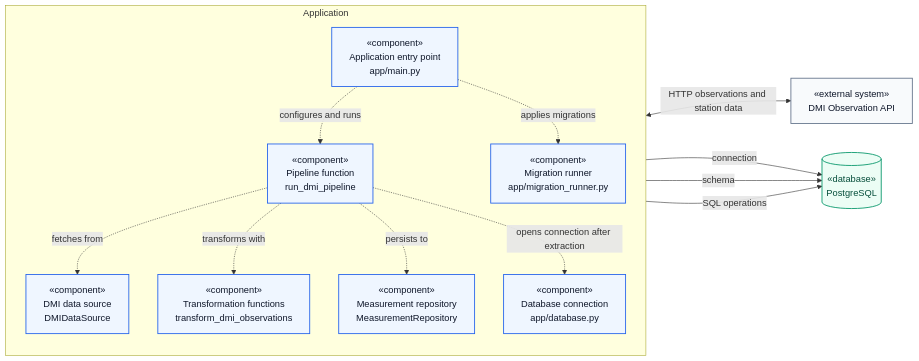
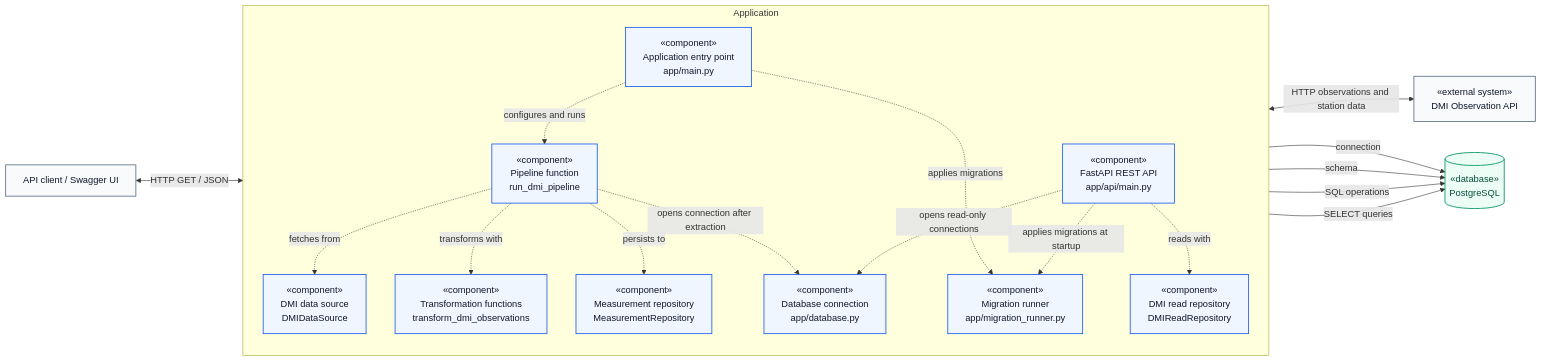
Before and after one commit to mielouise/environment_data_project: the first of 4 diagrams in README.md, drawn with Mermaid. The commit also changed other lines of this file and 12 other files, not shown here.

Commit message:
Add REST API

````diff
--- a/README.md
+++ b/README.md
@@ -313,35 +379,43 @@
 ```mermaid
 flowchart LR
     subgraph Application["Application"]
         direction TB
         Main["«component»<br/>Application entry point<br/>app/main.py"]
         ETL["«component»<br/>Pipeline function<br/>run_dmi_pipeline"]
         Source["«component»<br/>DMI data source<br/>DMIDataSource"]
         Transformer["«component»<br/>Transformation functions<br/>transform_dmi_observations"]
         Repository["«component»<br/>Measurement repository<br/>MeasurementRepository"]
         Database["«component»<br/>Database connection<br/>app/database.py"]
         Migrations["«component»<br/>Migration runner<br/>app/migration_runner.py"]
+        API["«component»<br/>FastAPI REST API<br/>app/api/main.py"]
+        Reader["«component»<br/>DMI read repository<br/>DMIReadRepository"]
     end
 
+    Client["API client / Swagger UI"]
     DMI["«external system»<br/>DMI Observation API"]
     PostgreSQL[("«database»<br/>PostgreSQL")]
 
     Main -.->|configures and runs| ETL
     ETL -.->|fetches from| Source
     ETL -.->|transforms with| Transformer
     ETL -.->|persists to| Repository
     Source <-->|HTTP observations and station data| DMI
     ETL -.->|opens connection after extraction| Database
     Main -.->|applies migrations| Migrations
     Database -->|connection| PostgreSQL
     Migrations -->|schema| PostgreSQL
     Repository -->|SQL operations| PostgreSQL
+    Client <-->|HTTP GET / JSON| API
+    API -.->|reads with| Reader
+    API -.->|opens read-only connections| Database
+    API -.->|applies migrations at startup| Migrations
+    Reader -->|SELECT queries| PostgreSQL
 
     classDef application fill:#eff6ff,stroke:#2563eb,color:#0f172a,stroke-width:1.5px
     classDef external fill:#f8fafc,stroke:#64748b,color:#0f172a,stroke-width:1.5px
     classDef datastore fill:#ecfdf5,stroke:#059669,color:#064e3b,stroke-width:1.5px
 
-    class Main,ETL,Source,Transformer,Repository,Database,Migrations application
-    class DMI external
+    class Main,ETL,Source,Transformer,Repository,Database,Migrations,API,Reader application
+    class DMI,Client external
     class PostgreSQL datastore
 ```
````
